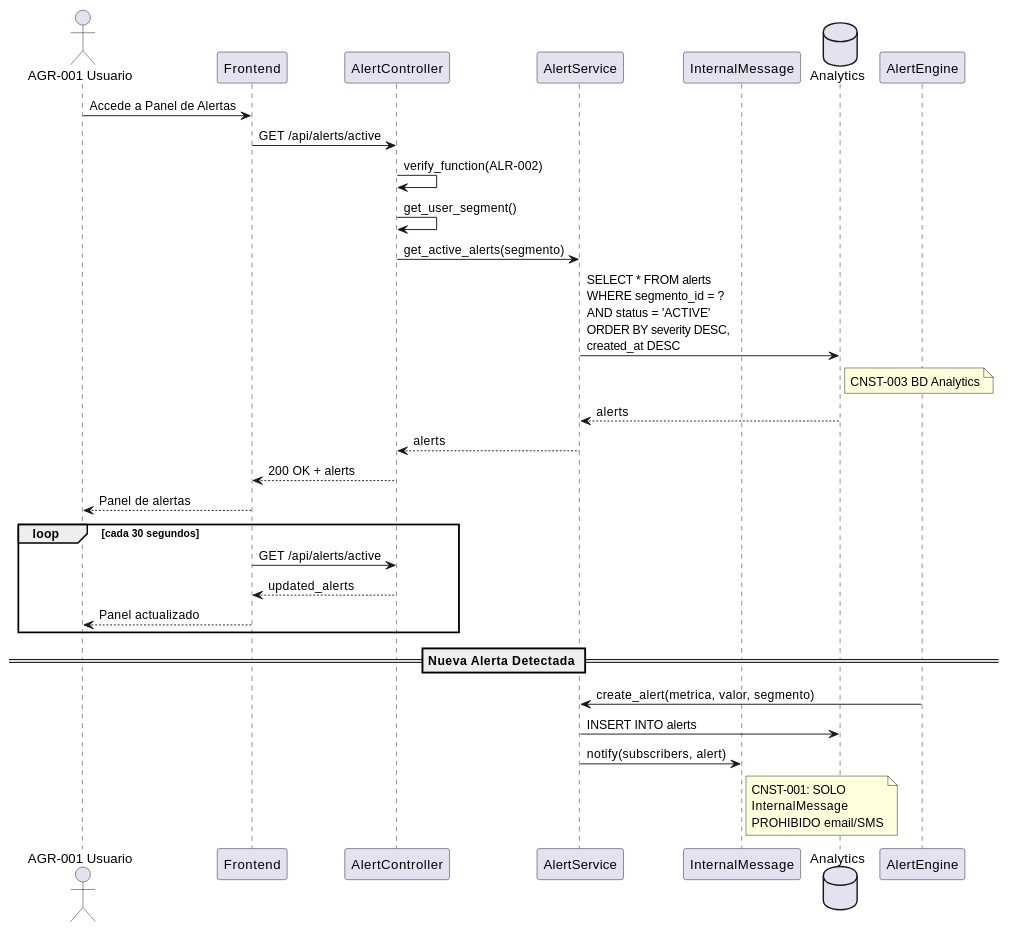
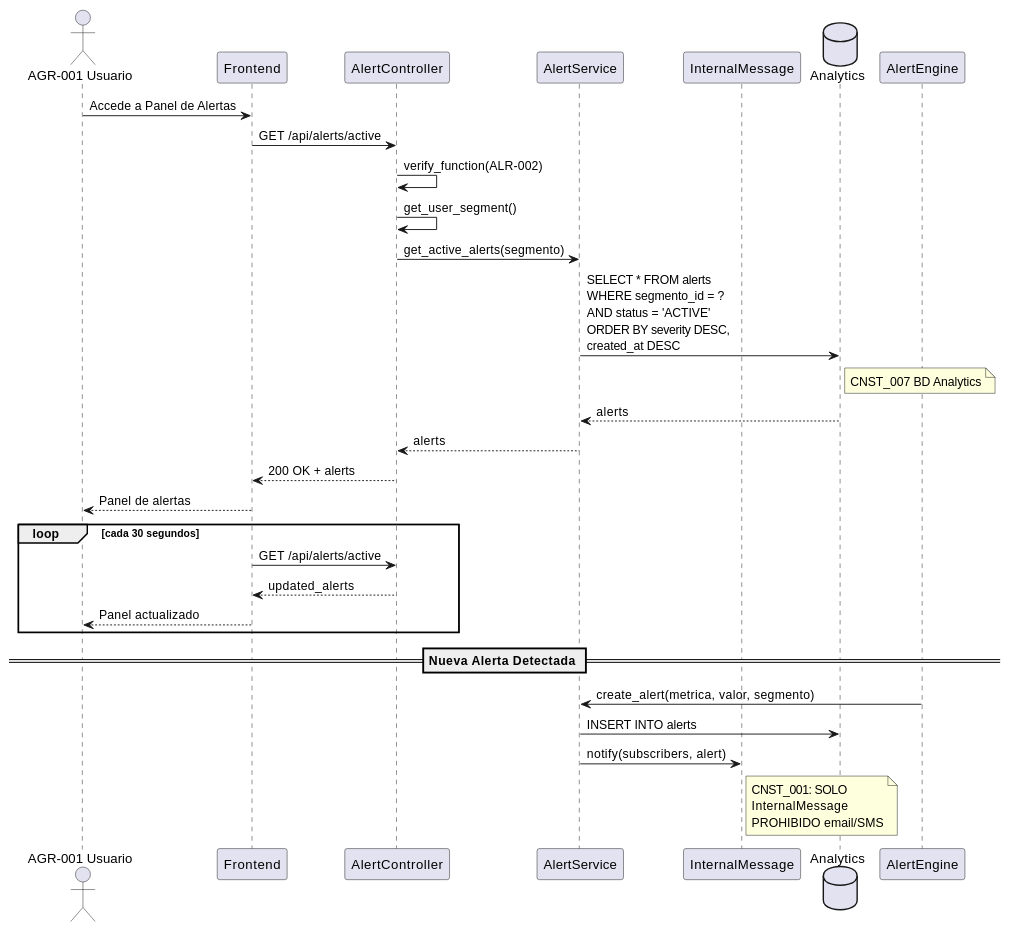
One commit to jcg-admin/IACT-docs changed the second of 3 diagrams in source/requisitos/casos_uso/alerts/UC_ALR_02_Ver_Alertas_Activas.rst. Above: the diagram before and after it, drawn with PlantUML. The commit also changed other lines of this file and 67 other files, not shown here.

```diff
--- a/source/requisitos/casos_uso/alerts/UC_ALR_02_Ver_Alertas_Activas.rst
+++ b/source/requisitos/casos_uso/alerts/UC_ALR_02_Ver_Alertas_Activas.rst
@@ -160,43 +160,43 @@
 .. uml::
    :caption: Diagrama de Secuencia - UC_ALR_02
 
    @startuml
    actor "AGR-001 Usuario" as U
    participant "Frontend" as FE
    participant "AlertController" as AC
    participant "AlertService" as AS
    participant "InternalMessage" as IM
    database "Analytics" as DB
 
    U -> FE: Accede a Panel de Alertas
    FE -> AC: GET /api/alerts/active
    AC -> AC: verify_function(ALR-002)
    AC -> AC: get_user_segment()
 
    AC -> AS: get_active_alerts(segmento)
    AS -> DB: SELECT * FROM alerts\nWHERE segmento_id = ?\nAND status = 'ACTIVE'\nORDER BY severity DESC,\ncreated_at DESC
-   note right of DB: CNST-003 BD Analytics
+   note right of DB: CNST_007 BD Analytics
    DB --> AS: alerts
    AS --> AC: alerts
    AC --> FE: 200 OK + alerts
    FE --> U: Panel de alertas
 
    loop cada 30 segundos
      FE -> AC: GET /api/alerts/active
      AC --> FE: updated_alerts
      FE --> U: Panel actualizado
    end
 
    == Nueva Alerta Detectada ==
 
    participant "AlertEngine" as AE
 
    AE -> AS: create_alert(metrica, valor, segmento)
    AS -> DB: INSERT INTO alerts
    AS -> IM: notify(subscribers, alert)
    note right of IM
-     CNST-001: SOLO
+     CNST_001: SOLO
      InternalMessage
      PROHIBIDO email/SMS
    end note
    @enduml
```
